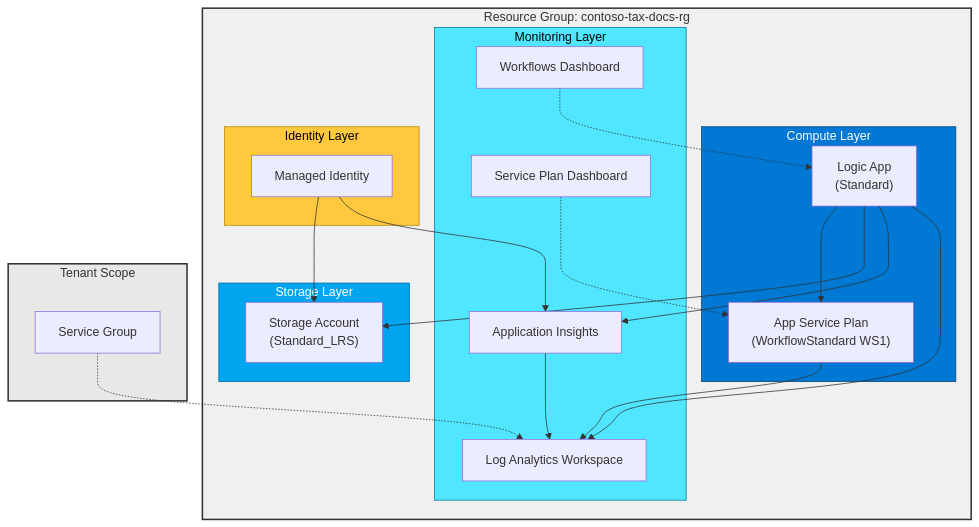
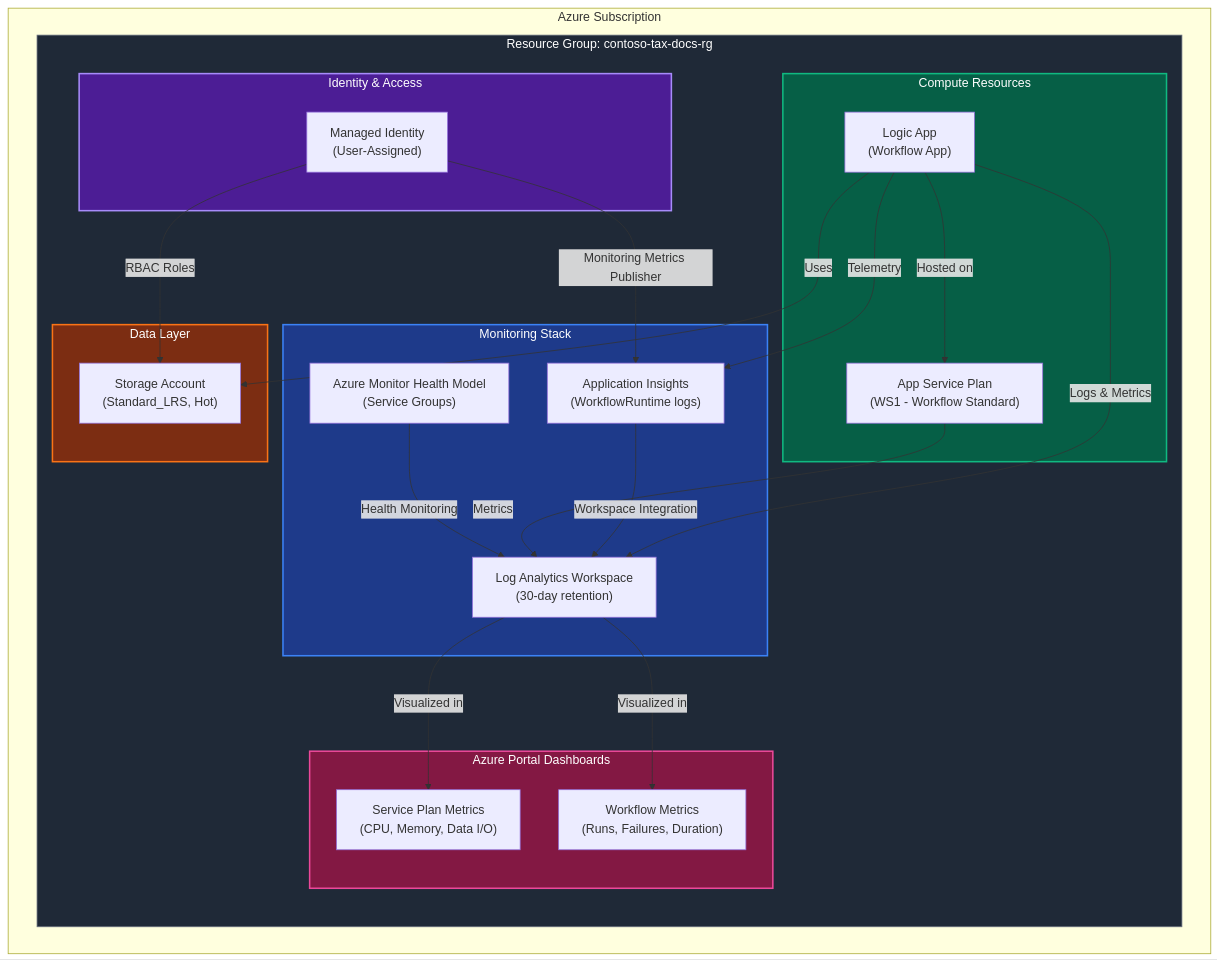
Before and after one commit to Evilazaro/Azure-LogicApps-Monitoring: the first of 2 diagrams in README.md, drawn with Mermaid. The commit also changed other lines of this file, not shown here.

````diff
--- a/README.md
+++ b/README.md
@@ -75,47 +64,49 @@
 ```mermaid
 flowchart TB
-    subgraph RG["Resource Group: contoso-tax-docs-rg"]
-        subgraph Compute["Compute Layer"]
-            ASP["App Service Plan<br/>(WorkflowStandard WS1)"]
-            LA["Logic App<br/>(Standard)"]
-        end
-        
-        subgraph Storage["Storage Layer"]
-            SA["Storage Account<br/>(Standard_LRS)"]
-        end
-        
-        subgraph Monitoring["Monitoring Layer"]
-            LAW["Log Analytics Workspace"]
-            AI["Application Insights"]
-            DASH1["Workflows Dashboard"]
-            DASH2["Service Plan Dashboard"]
-        end
-        
-        subgraph Identity["Identity Layer"]
-            MI["Managed Identity"]
+    subgraph Subscription["Azure Subscription"]
+        subgraph RG["Resource Group: contoso-tax-docs-rg"]
+            subgraph Monitoring["Monitoring Stack"]
+                LAW["Log Analytics Workspace<br/>(30-day retention)"]
+                AI["Application Insights<br/>(WorkflowRuntime logs)"]
+                HM["Azure Monitor Health Model<br/>(Service Groups)"]
+            end
+            
+            subgraph Compute["Compute Resources"]
+                ASP["App Service Plan<br/>(WS1 - Workflow Standard)"]
+                LA["Logic App<br/>(Workflow App)"]
+            end
+            
+            subgraph Storage["Data Layer"]
+                SA["Storage Account<br/>(Standard_LRS, Hot)"]
+            end
+            
+            subgraph Identity["Identity & Access"]
+                MI["Managed Identity<br/>(User-Assigned)"]
+            end
+            
+            subgraph Dashboards["Azure Portal Dashboards"]
+                DASH_ASP["Service Plan Metrics<br/>(CPU, Memory, Data I/O)"]
+                DASH_WF["Workflow Metrics<br/>(Runs, Failures, Duration)"]
+            end
         end
     end
     
-    subgraph Tenant["Tenant Scope"]
-        SG["Service Group"]
-    end
+    MI -->|RBAC Roles| SA
+    MI -->|Monitoring Metrics Publisher| AI
+    LA -->|Hosted on| ASP
+    LA -->|Uses| SA
+    LA -->|Logs & Metrics| LAW
+    LA -->|Telemetry| AI
+    AI -->|Workspace Integration| LAW
+    ASP -->|Metrics| LAW
+    LAW -->|Visualized in| DASH_ASP
+    LAW -->|Visualized in| DASH_WF
+    HM -->|Health Monitoring| LAW
     
-    LA --> ASP
-    LA --> SA
-    LA --> AI
-    MI --> SA
-    MI --> AI
-    ASP --> LAW
-    LA --> LAW
-    AI --> LAW
-    DASH1 -.-> LA
-    DASH2 -.-> ASP
-    SG -.-> LAW
-    
-    style Compute fill:#0078D4,stroke:#004578,color:#fff
-    style Storage fill:#00A4EF,stroke:#006BA1,color:#fff
-    style Monitoring fill:#50E6FF,stroke:#007BA6,color:#000
-    style Identity fill:#FFC83D,stroke:#B8860B,color:#000
-    style RG fill:#f0f0f0,stroke:#333,stroke-width:2px
-    style Tenant fill:#e8e8e8,stroke:#333,stroke-width:2px
+    style Monitoring fill:#1E3A8A,stroke:#3B82F6,stroke-width:2px,color:#FFFFFF
+    style Compute fill:#065F46,stroke:#10B981,stroke-width:2px,color:#FFFFFF
+    style Storage fill:#7C2D12,stroke:#F97316,stroke-width:2px,color:#FFFFFF
+    style Identity fill:#4C1D95,stroke:#A78BFA,stroke-width:2px,color:#FFFFFF
+    style Dashboards fill:#831843,stroke:#EC4899,stroke-width:2px,color:#FFFFFF
+    style RG fill:#1F2937,stroke:#6B7280,stroke-width:1px,color:#FFFFFF
 ```
````
